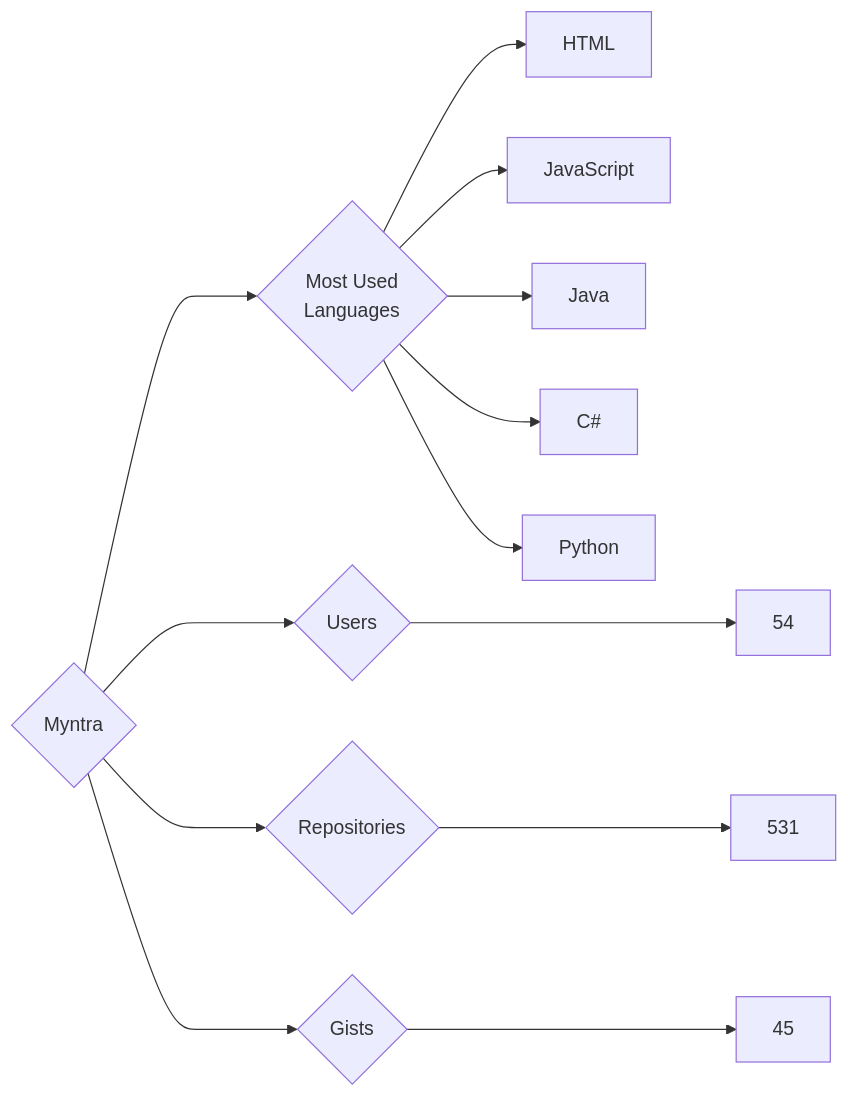
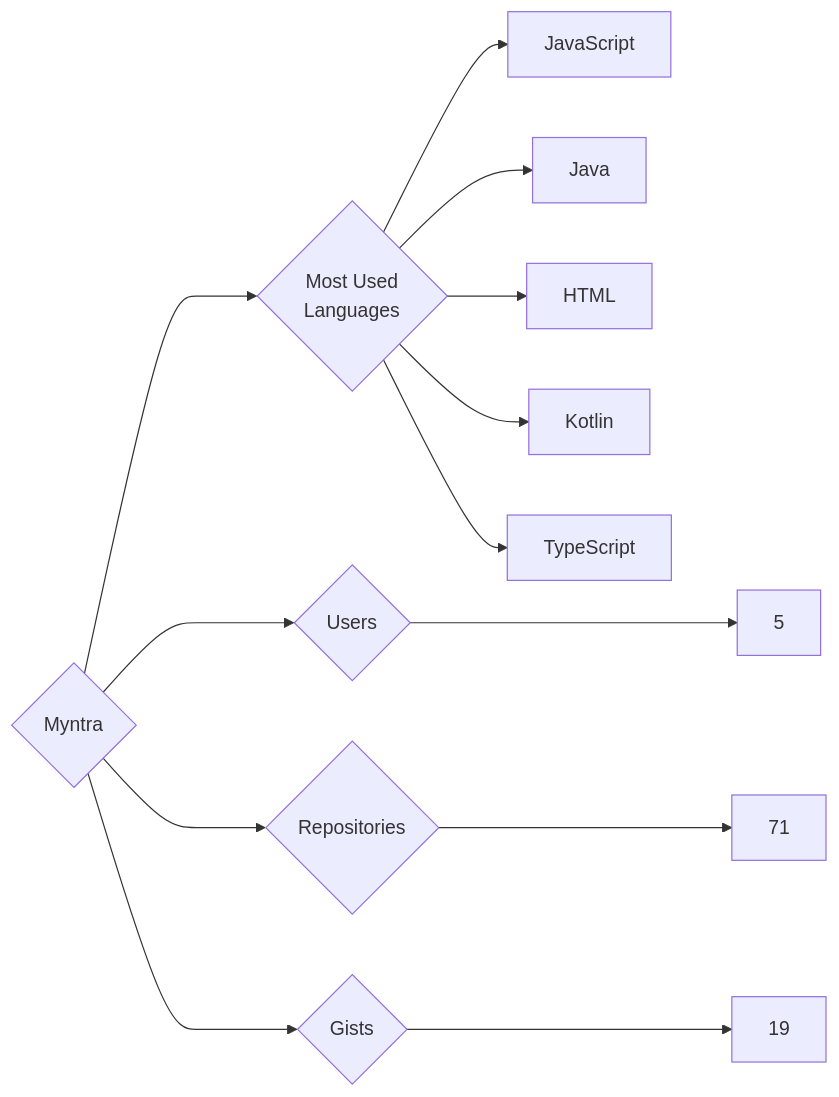
The diagram in targets/Myntra/README.md (trickest/insiders), drawn with Mermaid before and after one commit. The commit also changed 976 other files, not shown here.

````diff
--- a/targets/Myntra/README.md
+++ b/targets/Myntra/README.md
@@ -3,13 +3,13 @@
 ```mermaid
 graph LR
 COMPANY_NAME{Myntra}
-COMPANY_NAME ---> U{Users} ---> UN[54]
-COMPANY_NAME ---> R{Repositories} ---> RN[531]
-COMPANY_NAME ---> G{Gists} ---> GN[45]
+COMPANY_NAME ---> U{Users} ---> UN[5]
+COMPANY_NAME ---> R{Repositories} ---> RN[71]
+COMPANY_NAME ---> G{Gists} ---> GN[19]
 COMPANY_NAME ---> ML{Most Used<br>Languages}
-ML --> HTML[HTML]
 ML --> JavaScript[JavaScript]
 ML --> Java[Java]
-ML --> C#[C#]
-ML --> Python[Python]
+ML --> HTML[HTML]
+ML --> Kotlin[Kotlin]
+ML --> TypeScript[TypeScript]
 ```
````
